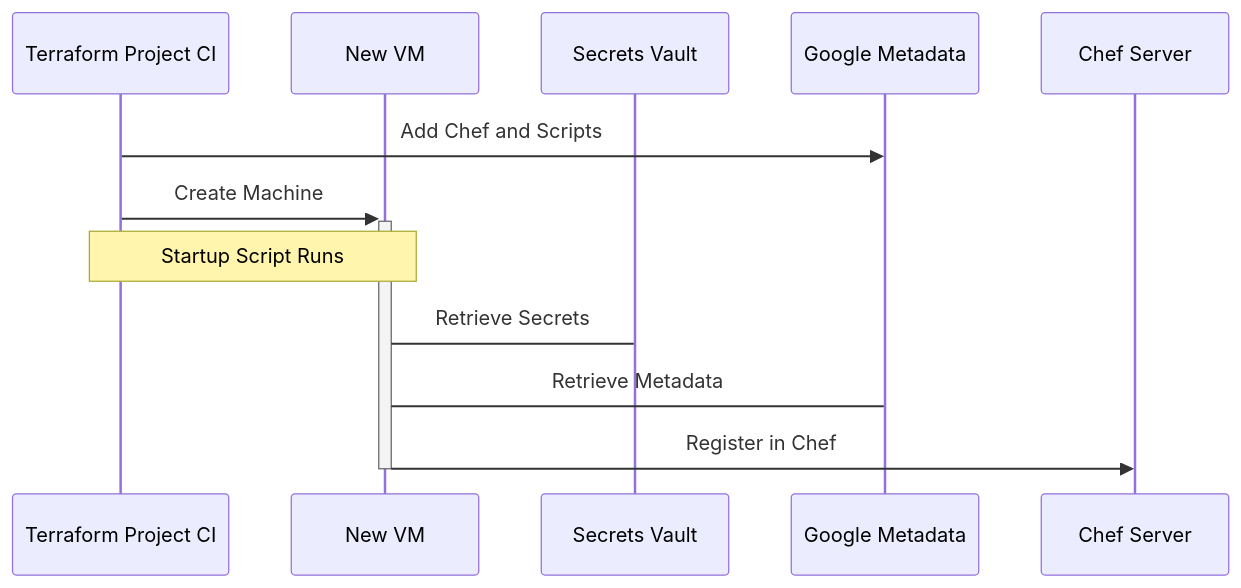
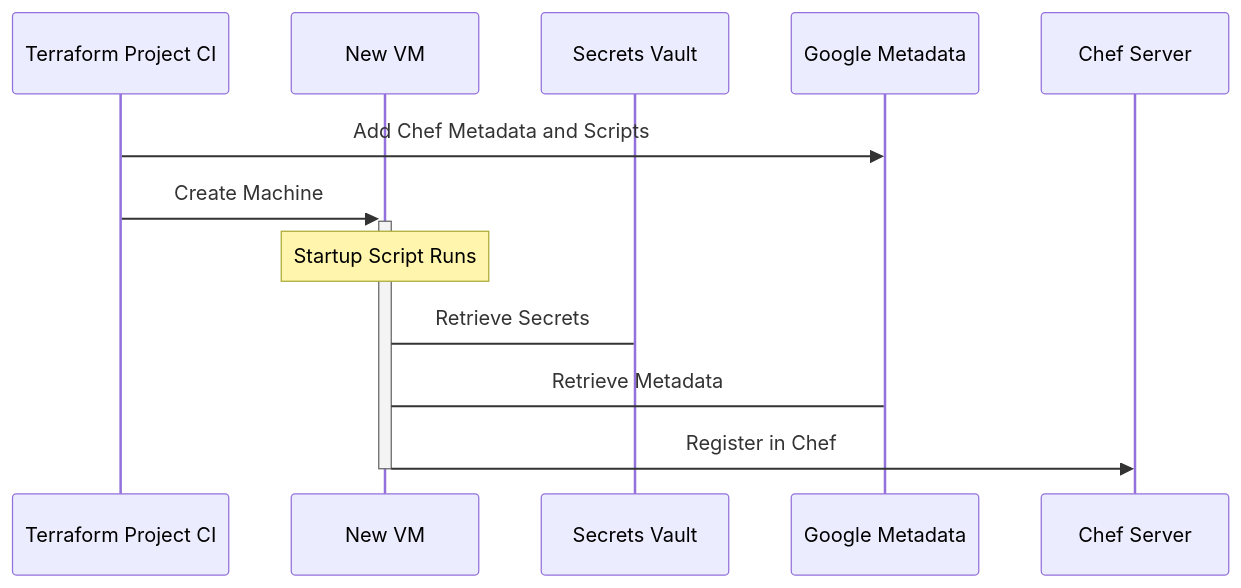
One commit to mattrussi/gitlab-com-runbooks changed the diagram in howto/chef-process-overview.md. Above: the diagram before and after it, drawn with Mermaid.

Commit message:
More charts update

````diff
--- a/howto/chef-process-overview.md
+++ b/howto/chef-process-overview.md
@@ -18,15 +18,15 @@
 ```mermaid
 sequenceDiagram
   participant TF as Terraform Project CI
   participant VM as New VM
   participant GKMS as Secrets Vault
   participant GM as Google Metadata
   participant CS as Chef Server
 
-  TF->>GM: Add Chef and Scripts
+  TF->>GM: Add Chef Metadata and Scripts
   TF->>+VM: Create Machine
-  Note over TF,VM: Startup Script Runs
+  Note over VM: Startup Script Runs
   VM->GKMS: Retrieve Secrets
   VM->GM: Retrieve Metadata
   VM->>-CS: Register in Chef
 ```
````
